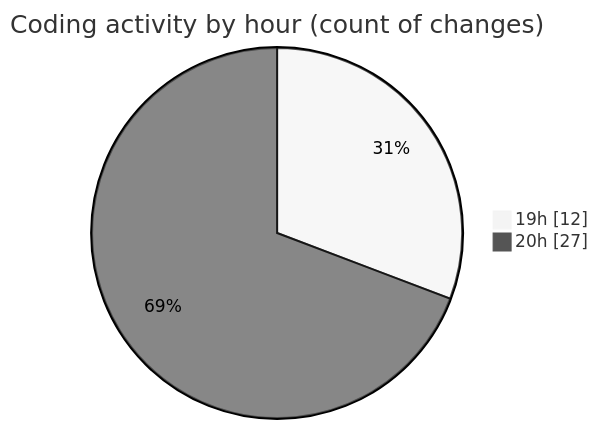
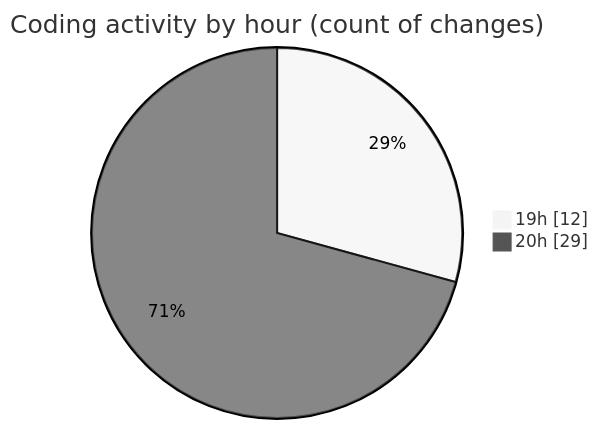
The second of 2 diagrams in 2025-05-09/un_laala/README.md (Elitesun/code-tracking), drawn with Mermaid (neutral theme) before and after one commit. The commit also changed other lines of this file and 1 other file, not shown here.

````diff
--- a/2025-05-09/un_laala/README.md
+++ b/2025-05-09/un_laala/README.md
@@ -36,6 +36,6 @@
 ```mermaid
 pie showData
 title Coding activity by hour (count of changes)
 "19h" : 12
-"20h" : 27
+"20h" : 29
 ```
````
